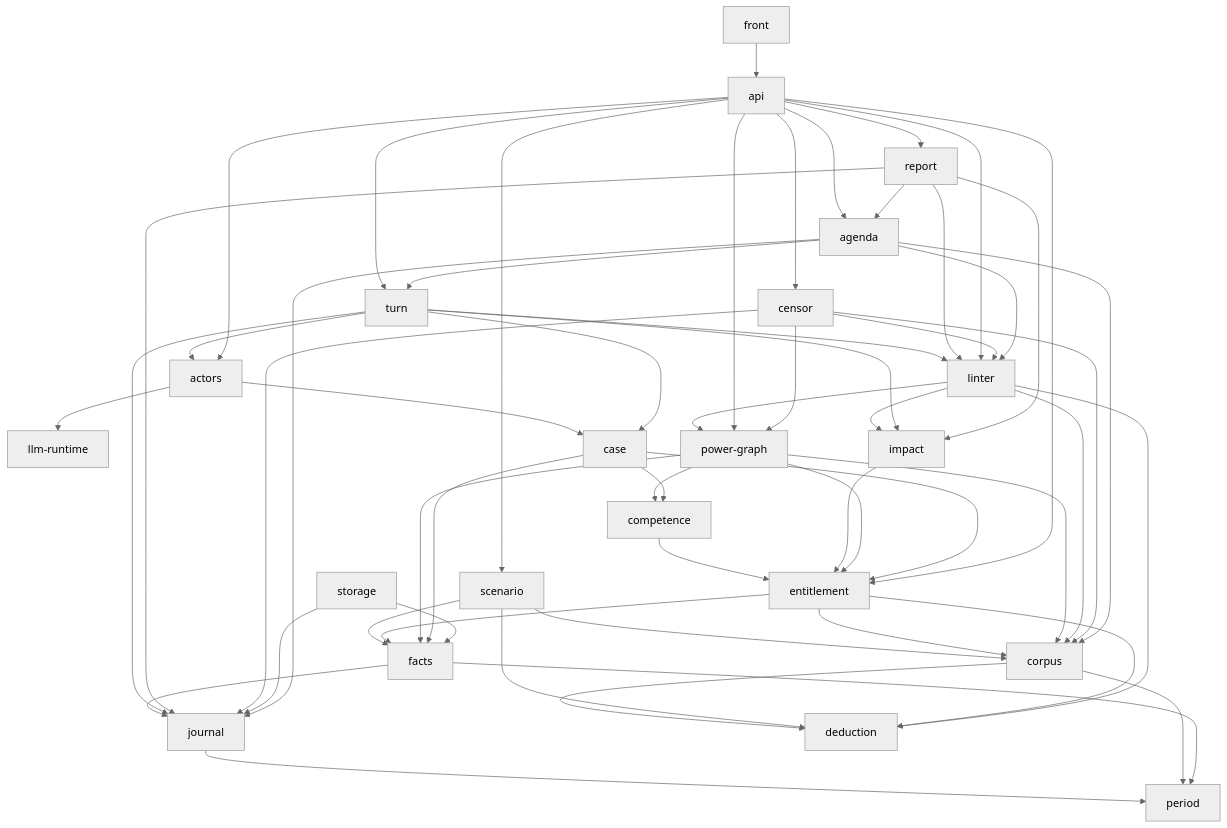
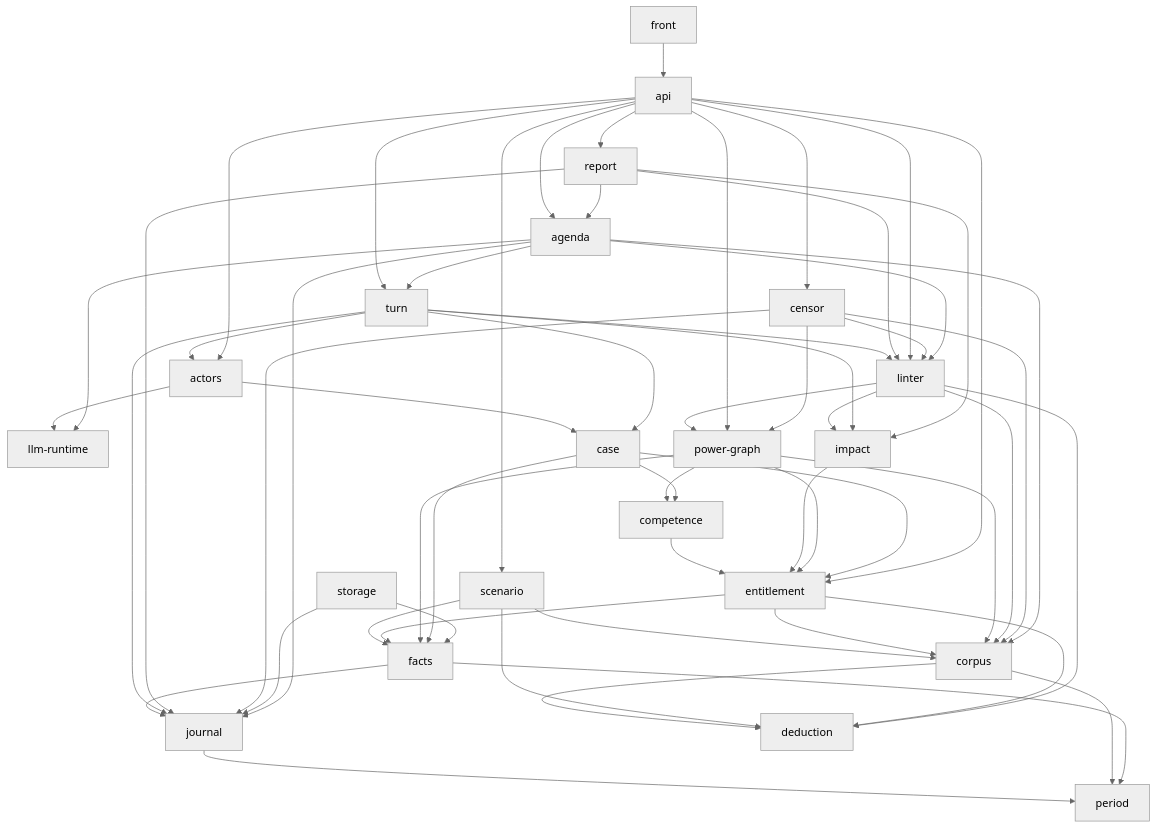
Before and after one commit to heaprip/intercessio: the fourth of 4 diagrams in docs/design/README.md, drawn with Mermaid (neutral theme). The commit also changed other lines of this file and 8 other files, not shown here.

````diff
--- a/docs/design/README.md
+++ b/docs/design/README.md
@@ -174,61 +174,62 @@
 ```mermaid
 flowchart TD
   %% components
   llm_runtime[llm-runtime]
   power_graph[power-graph]
   journal --> period
   corpus --> period
   corpus --> deduction
   facts --> period
   facts --> journal
   scenario --> corpus
   scenario --> facts
   scenario --> deduction
   entitlement --> corpus
   entitlement --> facts
   entitlement --> deduction
   competence --> entitlement
   impact --> entitlement
   power_graph --> corpus
   power_graph --> facts
   power_graph --> competence
   power_graph --> entitlement
   linter --> corpus
   linter --> deduction
   linter --> impact
   linter --> power_graph
   case --> competence
   case --> facts
   case --> entitlement
   actors --> case
   actors --> llm_runtime
   turn --> case
   turn --> actors
   turn --> impact
   turn --> linter
   turn --> journal
   report --> journal
   report --> linter
   report --> impact
   api --> turn
   api --> report
   api --> agenda
   api --> linter
   api --> censor
   api --> power_graph
   api --> scenario
   api --> entitlement
   api --> actors
   front --> api
   censor --> journal
   censor --> corpus
   censor --> power_graph
   censor --> linter
   storage --> facts
   storage --> journal
   agenda --> linter
   agenda --> journal
   agenda --> corpus
   agenda --> turn
+  agenda --> llm_runtime
   report --> agenda
 ```
````
